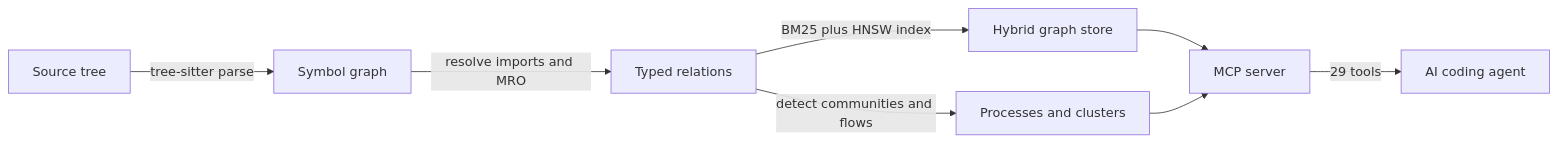
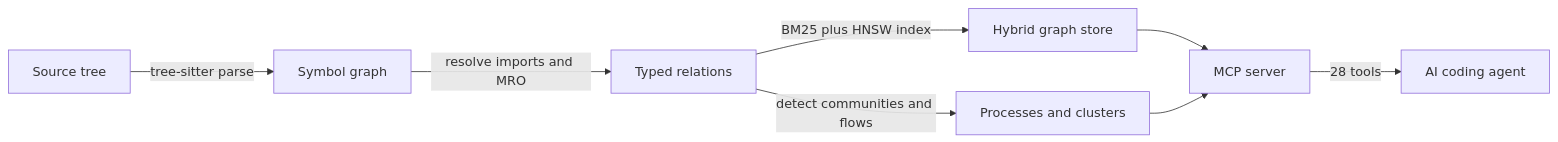
The diagram in packages/docs/src/content/docs/start-here/what-is-opencodehub.md (theagenticguy/opencodehub), drawn with Mermaid before and after one commit. The commit also changed 203 other files, not shown here.

First line of the commit message:
feat(sweep)!: remediate 44 findings, rip stack-graphs + source-mutating MCP tools (#175)

````diff
--- a/packages/docs/src/content/docs/start-here/what-is-opencodehub.md
+++ b/packages/docs/src/content/docs/start-here/what-is-opencodehub.md
@@ -40,10 +40,10 @@
 ```mermaid
 flowchart LR
   A[Source tree] -->|tree-sitter parse| B[Symbol graph]
   B -->|resolve imports and MRO| C[Typed relations]
   C -->|BM25 plus HNSW index| D[Hybrid graph store]
   C -->|detect communities and flows| E[Processes and clusters]
   D --> F[MCP server]
   E --> F
-  F -->|29 tools| G[AI coding agent]
+  F -->|28 tools| G[AI coding agent]
 ```
````
